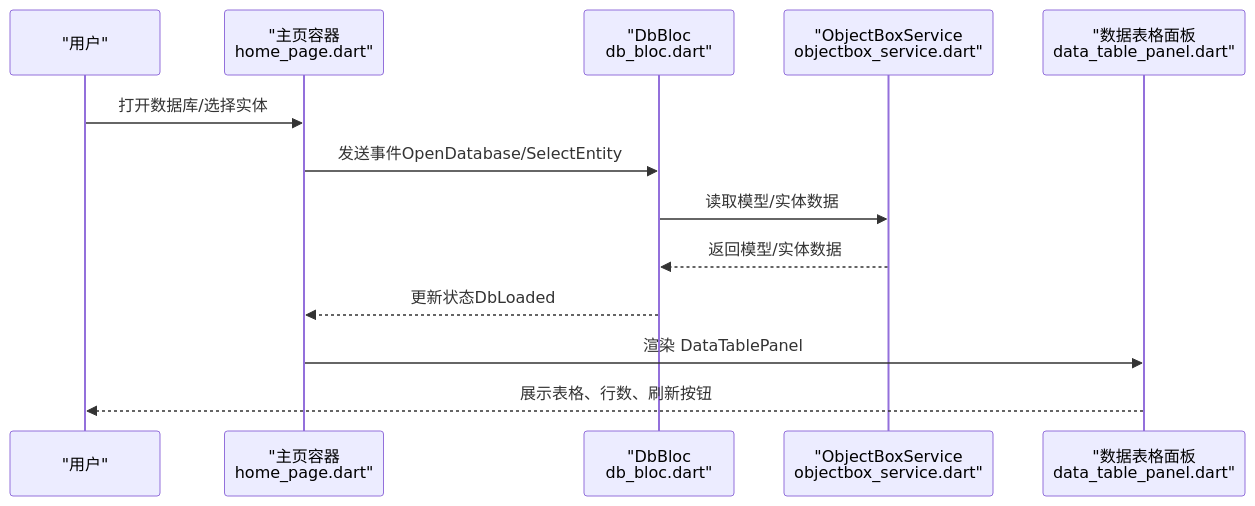
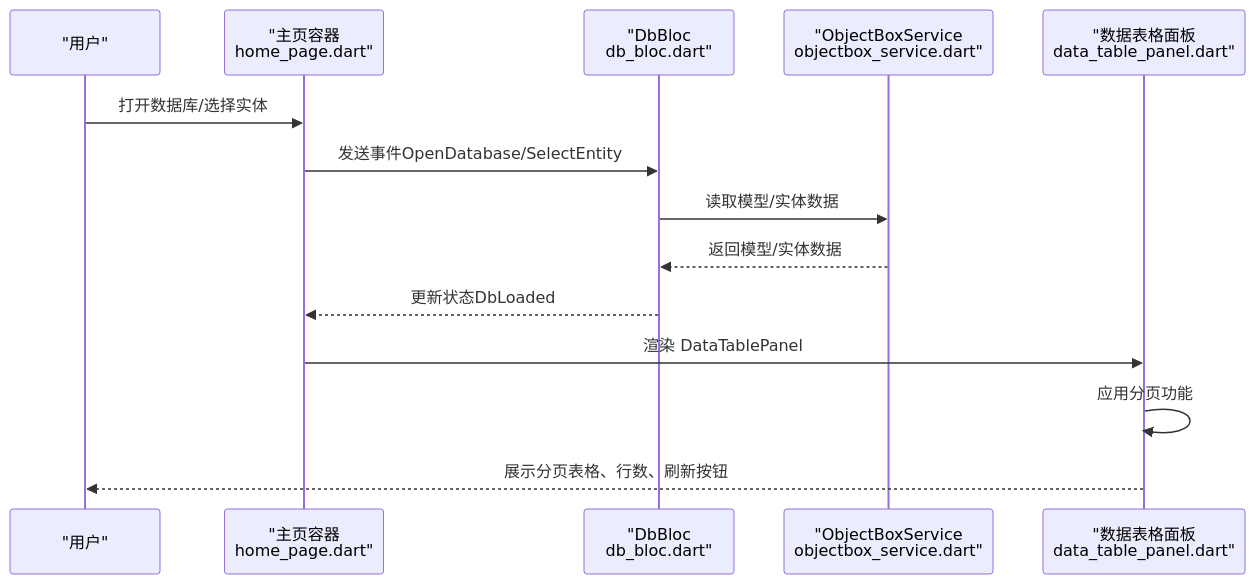
One commit to kongpf8848/objectbox_viewer changed the second of 8 diagrams in .qoder/repowiki/zh/content/UI 组件/数据表格面板.md. Above: the diagram before and after it, drawn with Mermaid. The commit also changed other lines of this file and 9 other files, not shown here.

````diff
--- a/.qoder/repowiki/zh/content/UI 组件/数据表格面板.md
+++ b/.qoder/repowiki/zh/content/UI 组件/数据表格面板.md
@@ -87,15 +100,16 @@
 ```mermaid
 sequenceDiagram
 participant U as "用户"
 participant HP as "主页容器<br/>home_page.dart"
 participant B as "DbBloc<br/>db_bloc.dart"
 participant S as "ObjectBoxService<br/>objectbox_service.dart"
 participant T as "数据表格面板<br/>data_table_panel.dart"
 U->>HP : 打开数据库/选择实体
 HP->>B : 发送事件OpenDatabase/SelectEntity
 B->>S : 读取模型/实体数据
 S-->>B : 返回模型/实体数据
 B-->>HP : 更新状态DbLoaded
 HP->>T : 渲染 DataTablePanel
-T-->>U : 展示表格、行数、刷新按钮
+T->>T : 应用分页功能
+T-->>U : 展示分页表格、行数、刷新按钮
 ```
````
